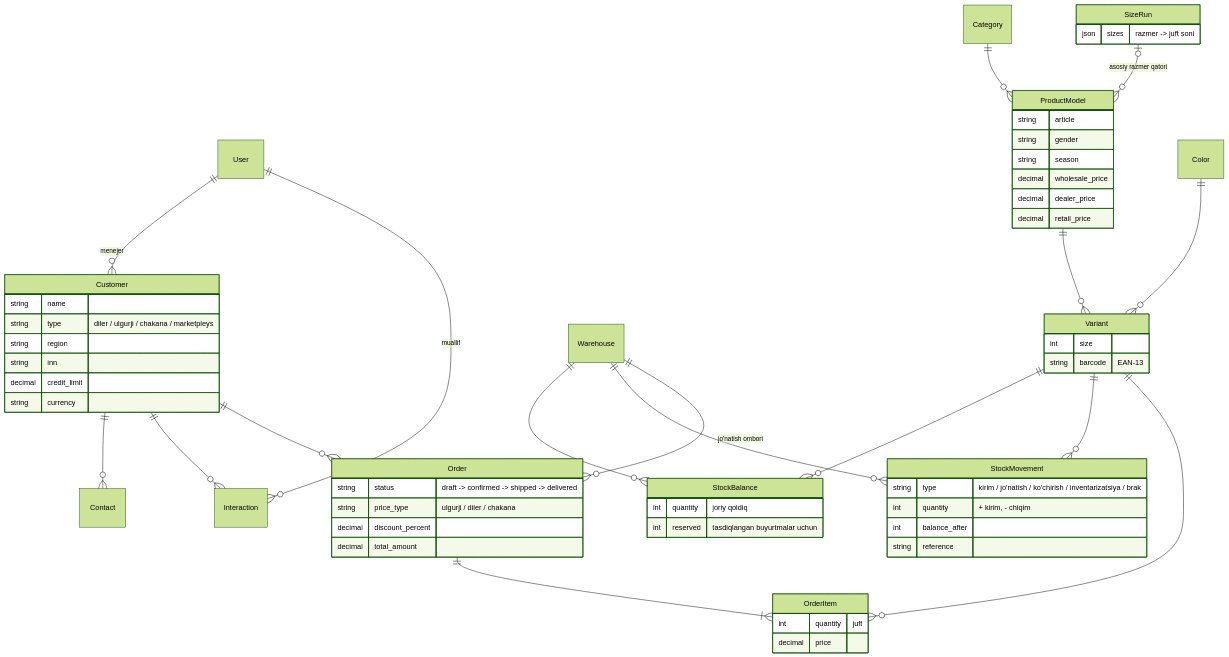
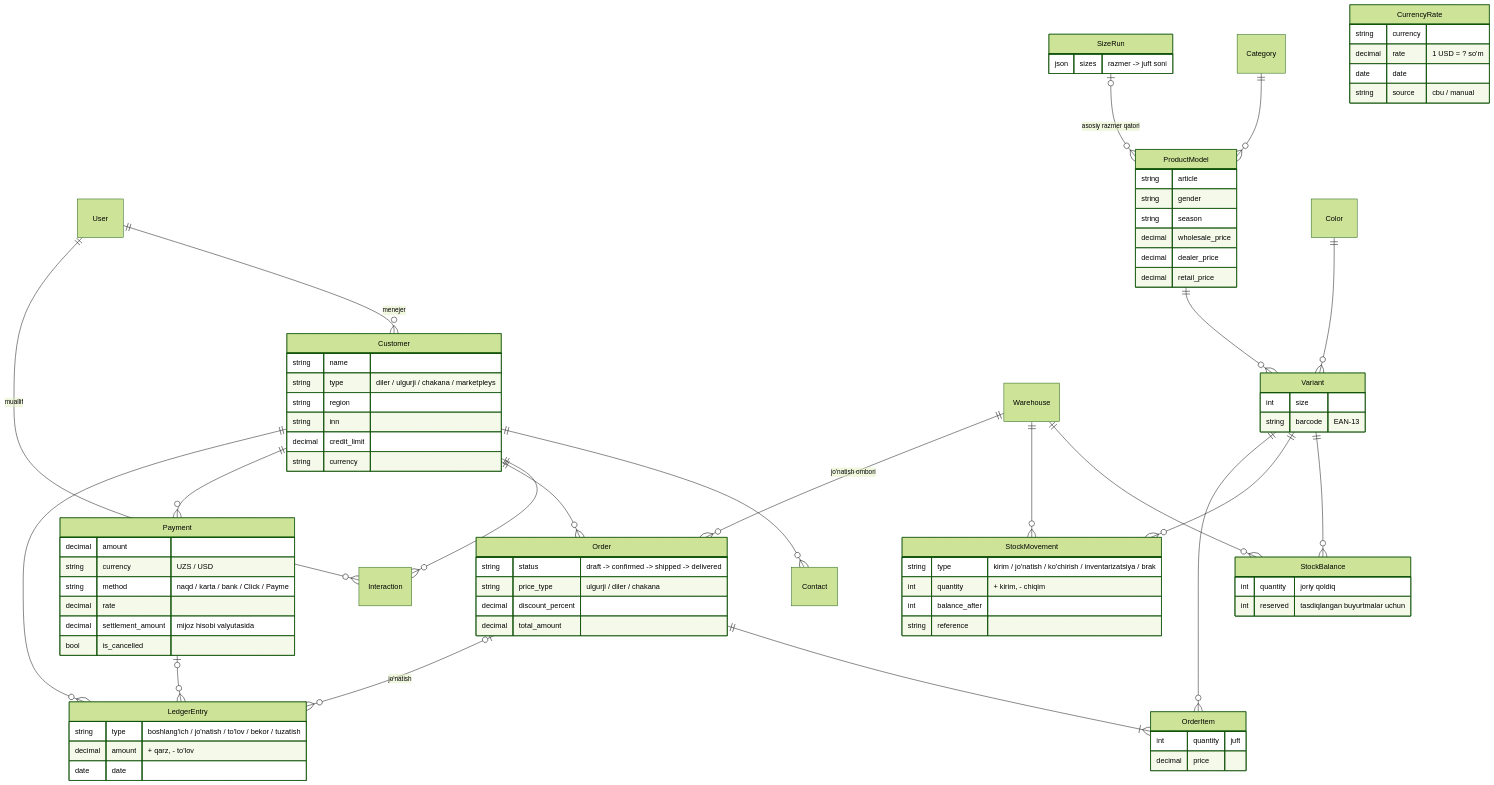
One commit to octavvos/ShoeFlow changed the first of 2 diagrams in README.md. Above: the diagram before and after it, drawn with Mermaid (forest theme). The commit also changed other lines of this file, not shown here.

````diff
--- a/README.md
+++ b/README.md
@@ -63,6 +63,10 @@
     Warehouse ||--o{ Order : "jo'natish ombori"
     Order ||--|{ OrderItem : ""
     Variant ||--o{ OrderItem : ""
+    Customer ||--o{ Payment : ""
+    Customer ||--o{ LedgerEntry : ""
+    Payment |o--o{ LedgerEntry : ""
+    Order |o--o{ LedgerEntry : "jo'natish"
 
     Customer {
         string name
@@ -107,4 +111,23 @@
         int quantity "juft"
         decimal price
     }
+    Payment {
+        decimal amount
+        string currency "UZS / USD"
+        string method "naqd / karta / bank / Click / Payme"
+        decimal rate
+        decimal settlement_amount "mijoz hisobi valyutasida"
+        bool is_cancelled
+    }
+    LedgerEntry {
+        string type "boshlang'ich / jo'natish / to'lov / bekor / tuzatish"
+        decimal amount "+ qarz, - to'lov"
+        date date
+    }
+    CurrencyRate {
+        string currency
+        decimal rate "1 USD = ? so'm"
+        date date
+        string source "cbu / manual"
+    }
 ```
````
